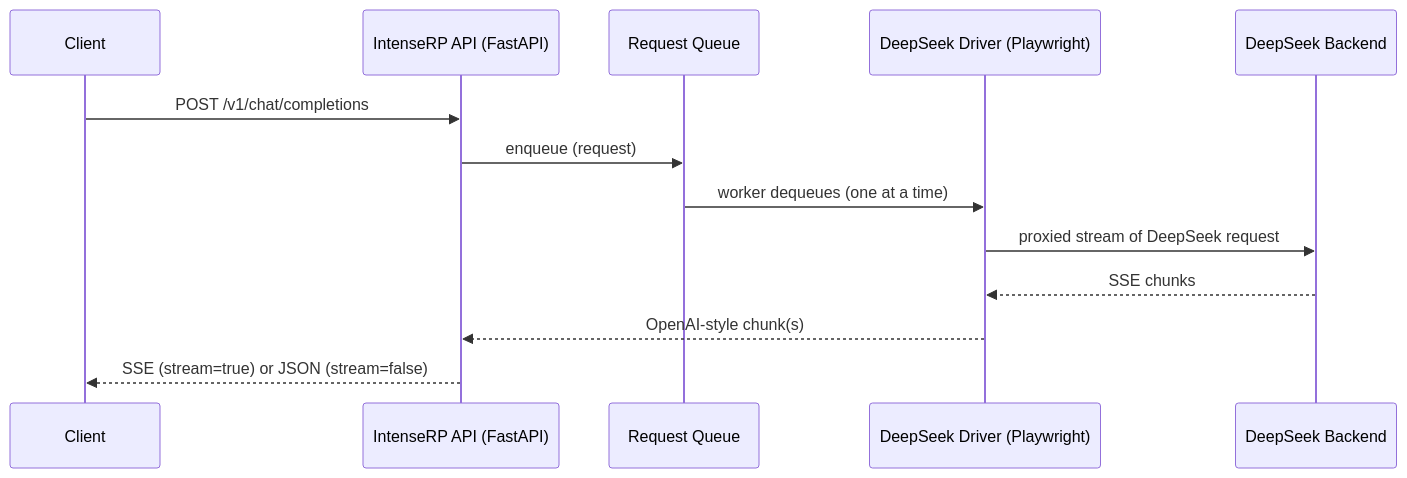
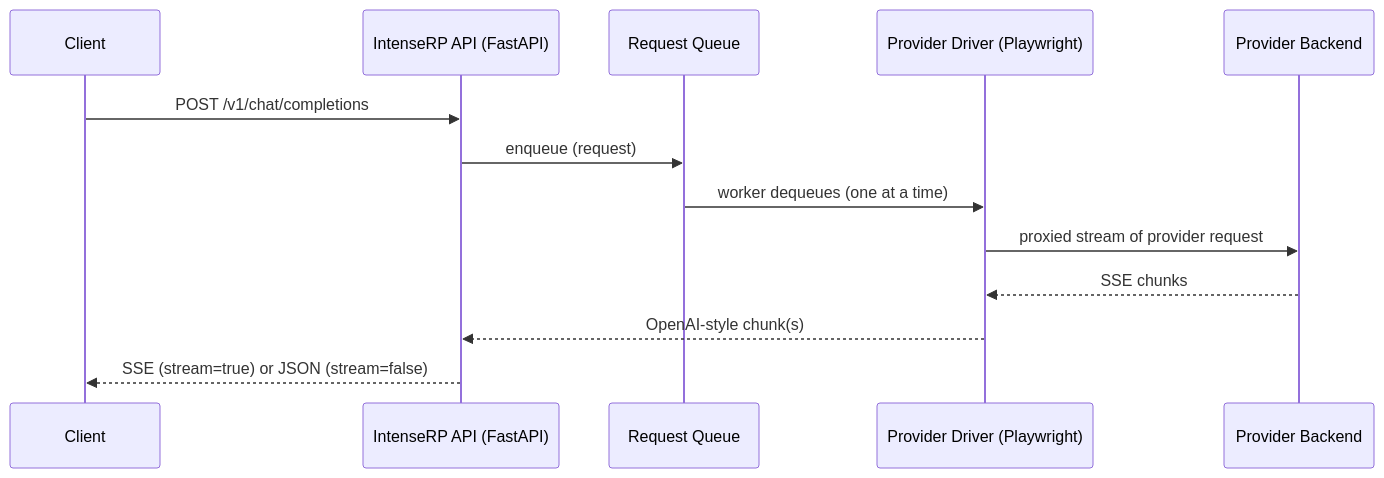
Before and after one commit to TiredDog76/intense-rp-next: the diagram in docs/advanced/api-behavior.md, drawn with Mermaid. The commit also changed other lines of this file and 11 other files, not shown here.

````diff
--- a/docs/advanced/api-behavior.md
+++ b/docs/advanced/api-behavior.md
@@ -56,16 +74,16 @@
 ```mermaid
 sequenceDiagram
     participant C as Client
     participant A as IntenseRP API (FastAPI)
     participant Q as Request Queue
-    participant D as DeepSeek Driver (Playwright)
-    participant DS as DeepSeek Backend
+    participant D as Provider Driver (Playwright)
+    participant DS as Provider Backend
 
     C->>A: POST /v1/chat/completions
     A->>Q: enqueue (request)
     Q->>D: worker dequeues (one at a time)
-    D->>DS: proxied stream of DeepSeek request
+    D->>DS: proxied stream of provider request
     DS-->>D: SSE chunks
     D-->>A: OpenAI-style chunk(s)
     A-->>C: SSE (stream=true) or JSON (stream=false)
 ```
````
